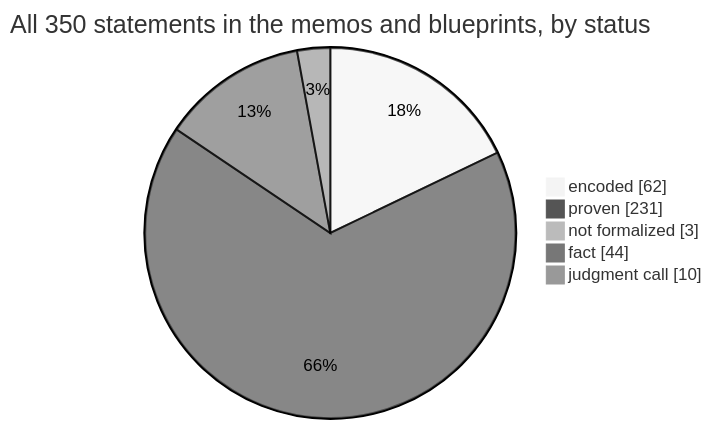
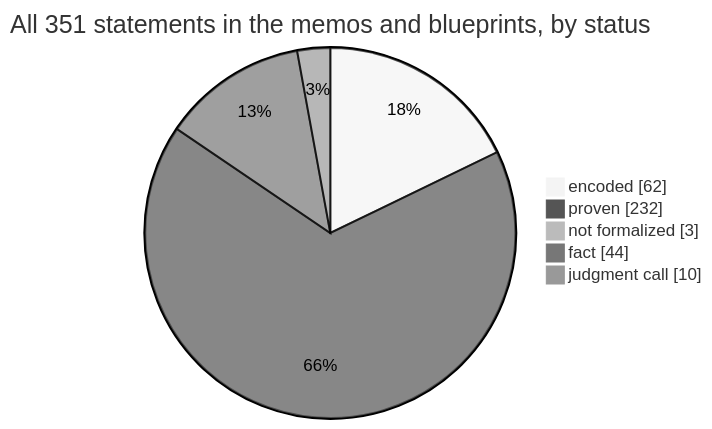
Before and after one commit to SeanWMurray/Canteen: the first of 4 diagrams in docs/graphs/dashboard.md, drawn with Mermaid (neutral theme). The commit also changed other lines of this file and 16 other files, not shown here.

````diff
--- a/docs/graphs/dashboard.md
+++ b/docs/graphs/dashboard.md
@@ -11,8 +11,8 @@
 ```mermaid
-pie showData title All 350 statements in the memos and blueprints, by status
+pie showData title All 351 statements in the memos and blueprints, by status
     "encoded" : 62
-    "proven" : 231
+    "proven" : 232
     "not formalized" : 3
     "fact" : 44
     "judgment call" : 10
 ```
````
